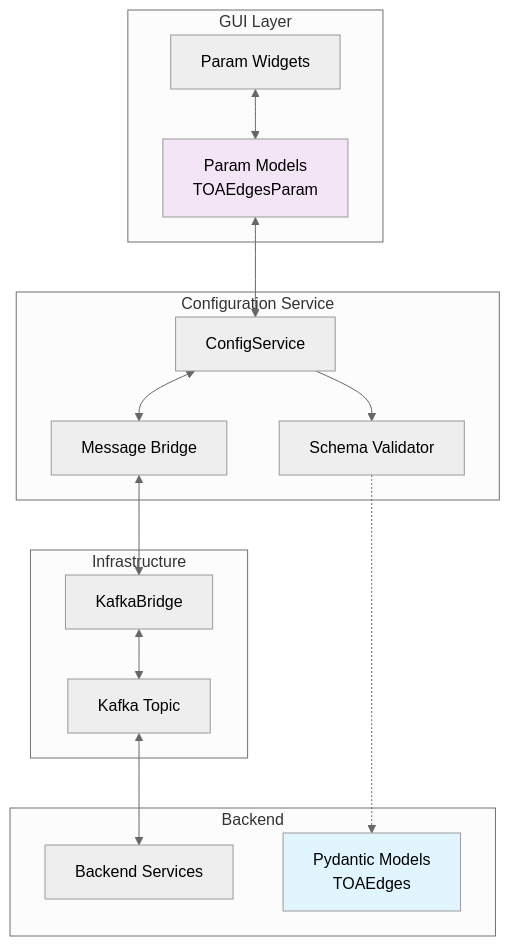
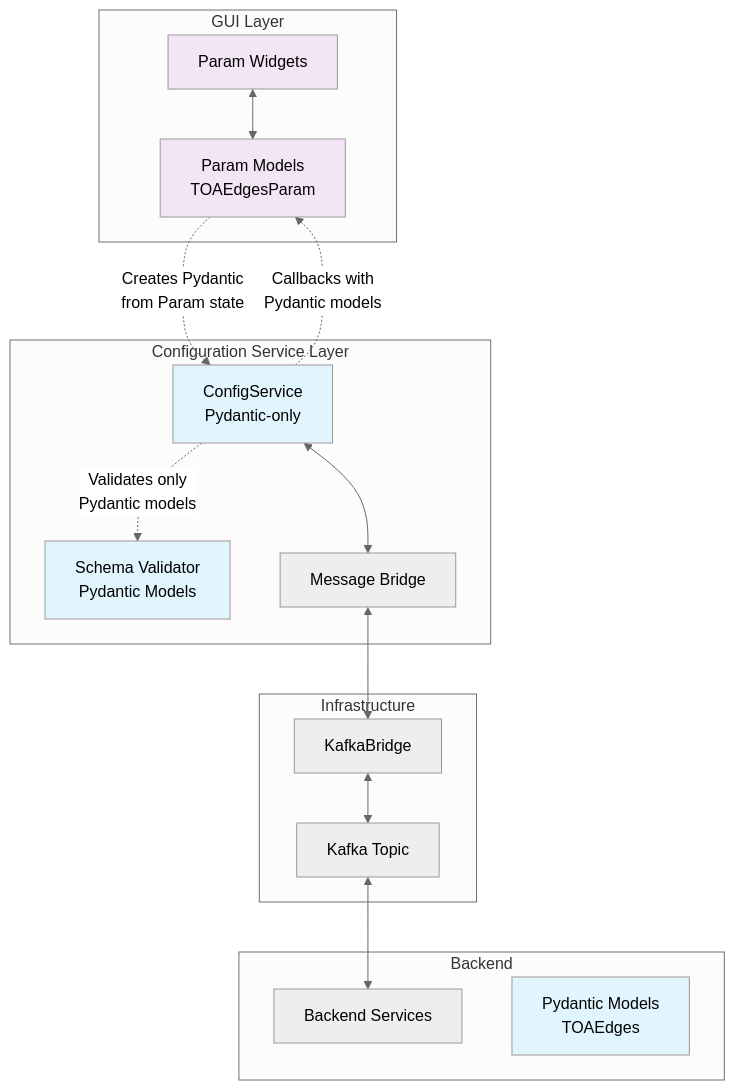
One commit to scipp/beamlime changed the third of 13 diagrams in docs/developer/design/architecture.md. Above: the diagram before and after it, drawn with Mermaid (neutral theme). The commit also changed other lines of this file, not shown here.

Commit message:
Update for new ConfigService

````diff
--- a/docs/developer/design/architecture.md
+++ b/docs/developer/design/architecture.md
@@ -126,38 +126,38 @@
 ```mermaid
 graph TB
     subgraph "GUI Layer"
         PW[Param Widgets]
         PM[Param Models<br/>TOAEdgesParam]
     end
 
-    subgraph "Configuration Service"
-        CS[ConfigService]
-        SV[Schema Validator]
+    subgraph "Configuration Service Layer"
+        CS[ConfigService<br/>Pydantic-only]
+        SV[Schema Validator<br/>Pydantic Models]
         MB[Message Bridge]
     end
 
     subgraph "Infrastructure"
         KB[KafkaBridge]
         KT[Kafka Topic]
     end
 
     subgraph "Backend"
         BE[Backend Services]
         PD[Pydantic Models<br/>TOAEdges]
     end
 
     PW <--> PM
-    PM <--> CS
-    CS --> SV
+    PM -.->|"Creates Pydantic<br/>from Param state"| CS
+    CS -.->|"Validates only<br/>Pydantic models"| SV
     CS <--> MB
     MB <--> KB
     KB <--> KT
     KT <--> BE
-    SV -.-> PD
+    CS -.->|"Callbacks with<br/>Pydantic models"| PM
 
     classDef pydantic fill:#e1f5fe
     classDef param fill:#f3e5f5
 
-    class PD pydantic
-    class PM param
+    class PD,CS,SV pydantic
+    class PM,PW param
 ```
````
